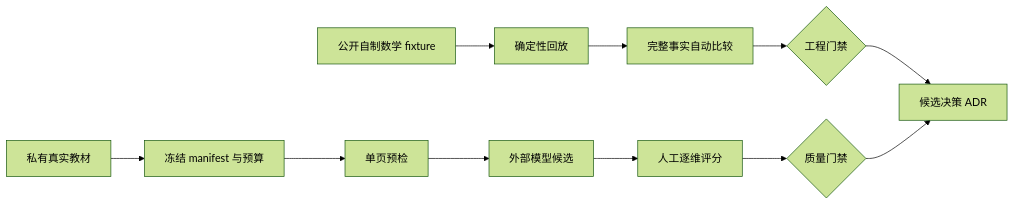
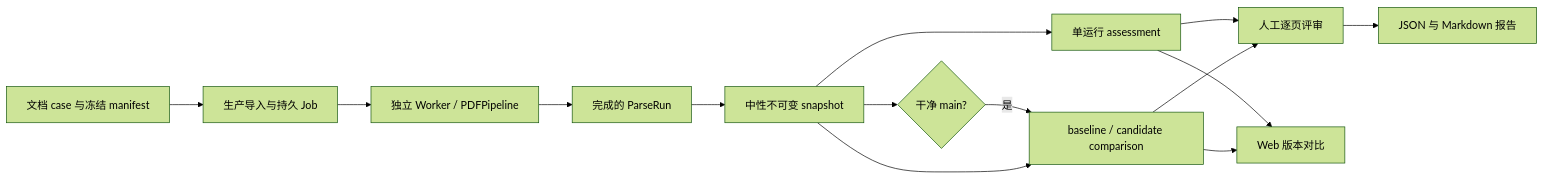
One commit to swfswf1234/Axiom-Flow changed the diagram in docs/design/evaluation-governance.md. Above: the diagram before and after it, drawn with Mermaid (forest theme). The commit also changed other lines of this file and 185 other files, not shown here.

Commit message:
feat(evaluation): establish document assessment baseline

````diff
--- a/docs/design/evaluation-governance.md
+++ b/docs/design/evaluation-governance.md
@@ -15,13 +21,16 @@
 ```mermaid
 flowchart LR
-    FIXTURE[公开自制数学 fixture] --> REPLAY[确定性回放]
-    REPLAY --> REGRESSION[完整事实自动比较]
-    REGRESSION --> CI{工程门禁}
-    PRIVATE[私有真实教材] --> FREEZE[冻结 manifest 与预算]
-    FREEZE --> PREFLIGHT[单页预检]
-    PREFLIGHT --> MODEL[外部模型候选]
-    MODEL --> REVIEW[人工逐维评分]
-    REVIEW --> SCORECARD{质量门禁}
-    CI --> DECISION[候选决策 ADR]
-    SCORECARD --> DECISION
+    CASE[文档 case 与冻结 manifest] --> JOB[生产导入与持久 Job]
+    JOB --> WORKER[独立 Worker / PDFPipeline]
+    WORKER --> RUN[完成的 ParseRun]
+    RUN --> SNAPSHOT[中性不可变 snapshot]
+    SNAPSHOT --> ASSESS[单运行 assessment]
+    SNAPSHOT --> BASELINE{干净 main?}
+    BASELINE -- 是 --> COMPARE[baseline / candidate comparison]
+    SNAPSHOT --> COMPARE
+    ASSESS --> REVIEW[人工逐页评审]
+    COMPARE --> REVIEW
+    REVIEW --> REPORT[JSON 与 Markdown 报告]
+    ASSESS --> WEB[Web 单次质量]
+    COMPARE --> WEB[Web 版本对比]
 ```
````
